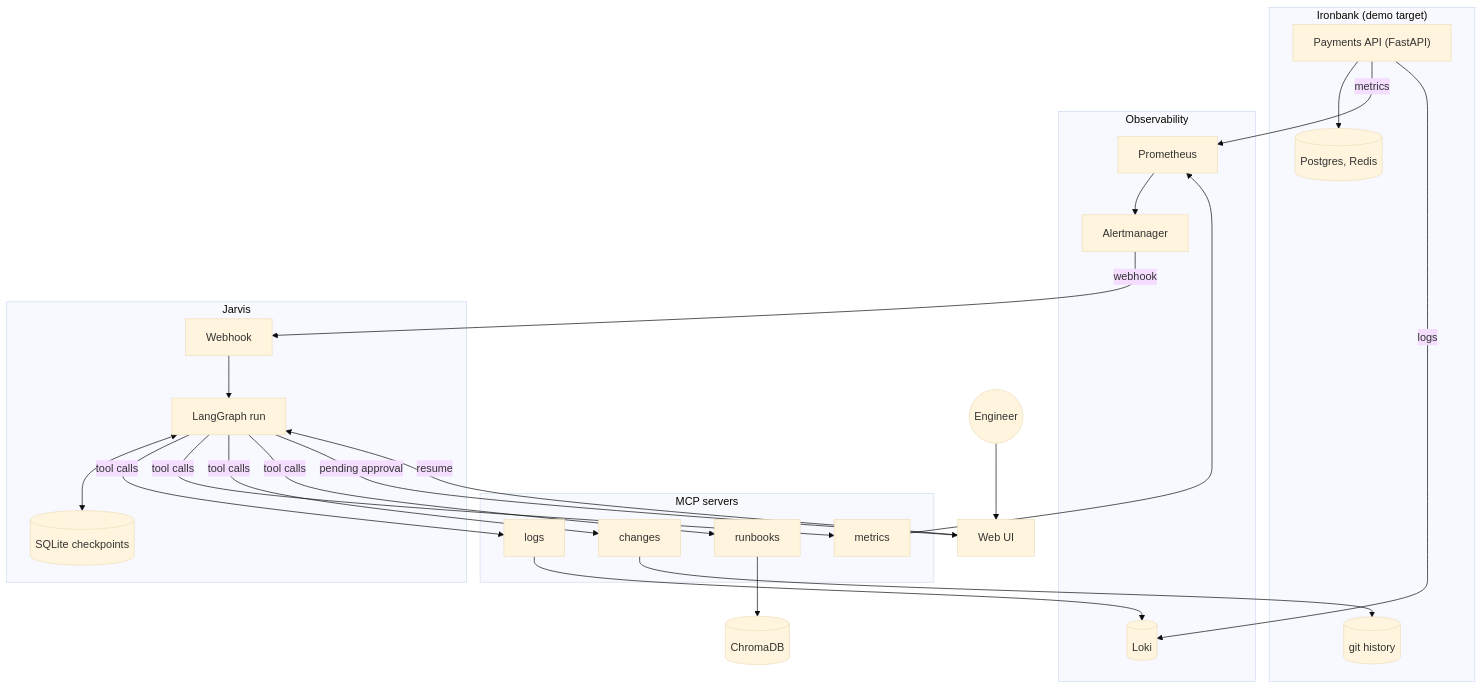
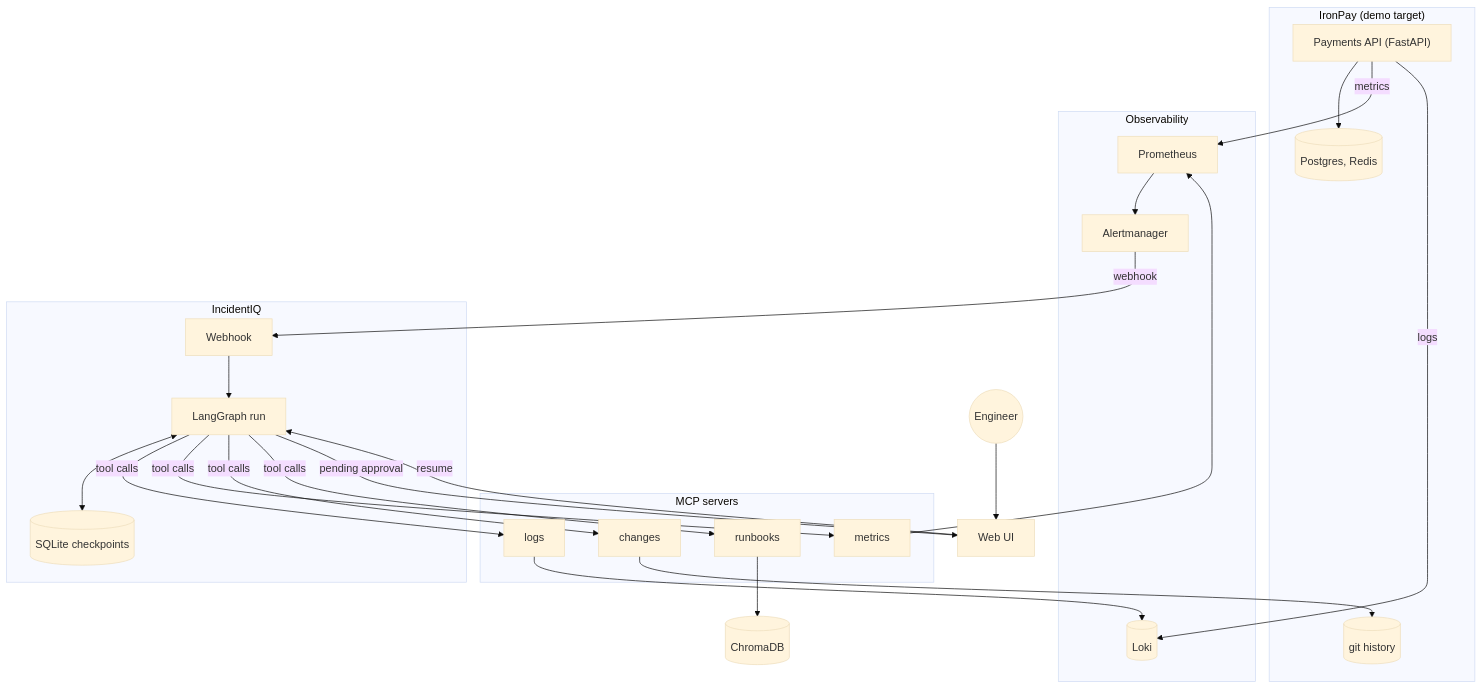
One commit to striderzz/IncidentIQ-AgentOps changed the first of 7 diagrams in INFO.md. Above: the diagram before and after it, drawn with Mermaid (base theme). The commit also changed other lines of this file and 2 other files, not shown here.

````diff
--- a/INFO.md
+++ b/INFO.md
@@ -120,46 +120,46 @@
 ```mermaid
 flowchart TB
-    subgraph IB["Ironbank (demo target)"]
+    subgraph IB["IronPay (demo target)"]
         API["Payments API (FastAPI)"]
         DBS[("Postgres, Redis")]
         GIT[("git history")]
     end
     subgraph OBS["Observability"]
         PROM["Prometheus"]
         AM["Alertmanager"]
         LOKI[("Loki")]
     end
     subgraph MCPS["MCP servers"]
         L["logs"]
         M["metrics"]
         C["changes"]
         R["runbooks"]
     end
     CH[("ChromaDB")]
-    subgraph JV["Jarvis"]
+    subgraph JV["IncidentIQ"]
         WH["Webhook"]
         G["LangGraph run"]
         CK[("SQLite checkpoints")]
     end
     UI["Web UI"]
     ENG(("Engineer"))
 
     API --> DBS
     API -->|metrics| PROM
     API -->|logs| LOKI
     PROM --> AM
     AM -->|webhook| WH
     WH --> G
     G <--> CK
     G -->|tool calls| L
     G -->|tool calls| M
     G -->|tool calls| C
     G -->|tool calls| R
     L --> LOKI
     M --> PROM
     C --> GIT
     R --> CH
     G -->|pending approval| UI
     ENG --> UI
     UI -->|resume| G
 ```
````
